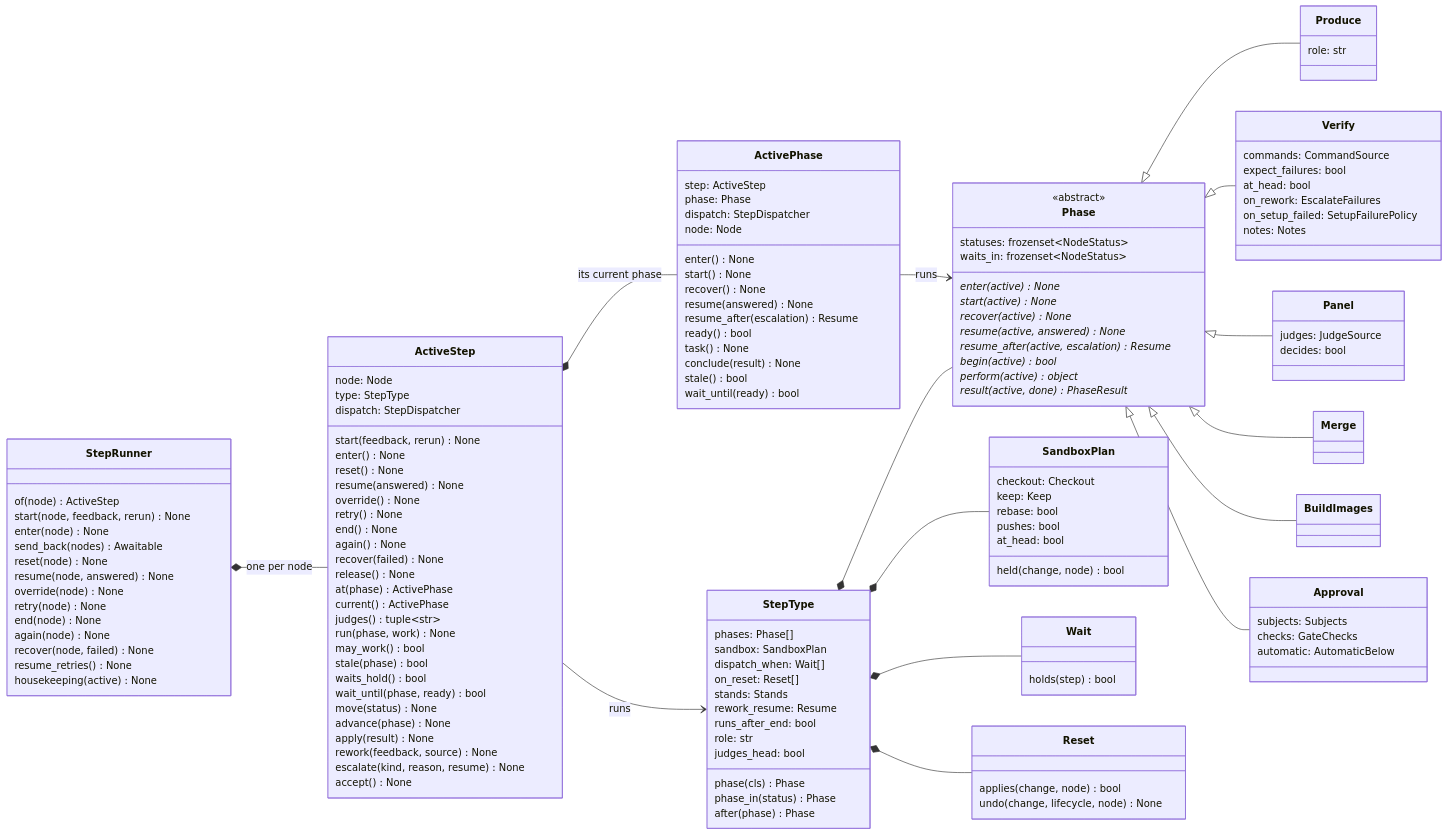
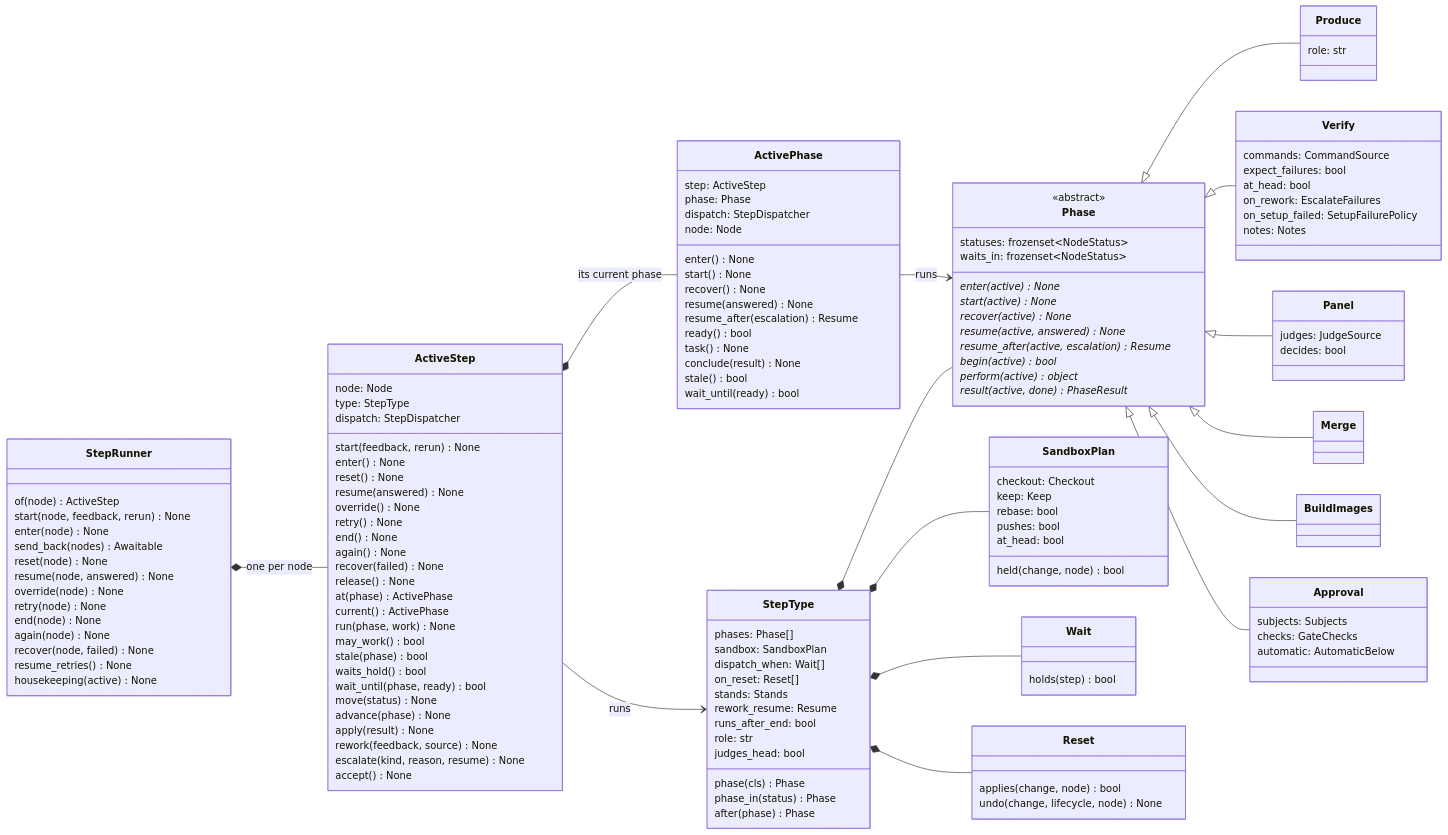
One commit to mr-miles/orchestrator changed the fourth of 6 diagrams in docs/architecture.md. Above: the diagram before and after it, drawn with Mermaid. The commit also changed other lines of this file and 6 other files, not shown here.

```diff
--- a/docs/architecture.md
+++ b/docs/architecture.md
@@ -395,7 +398,6 @@
         release() None
         at(phase) ActivePhase
         current() ActivePhase
-        judges() tuple~str~
         run(phase, work) None
         may_work() bool
         stale(phase) bool
```
